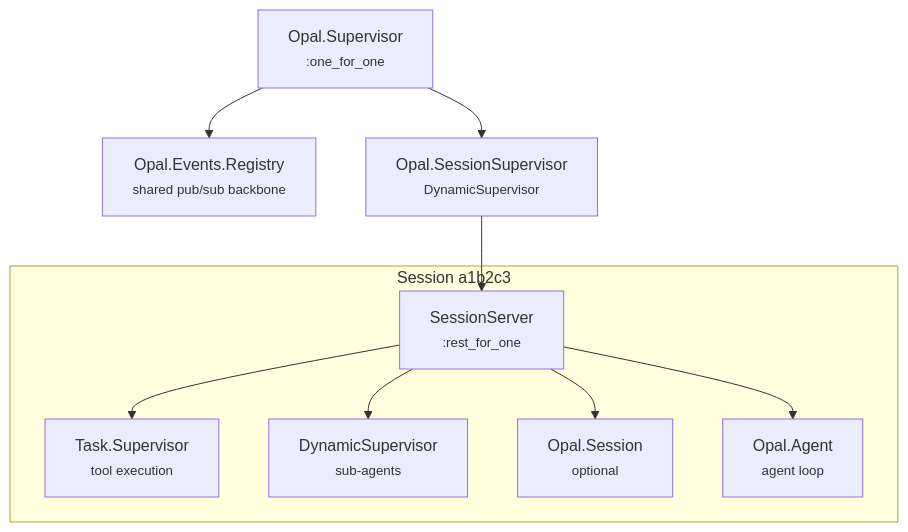
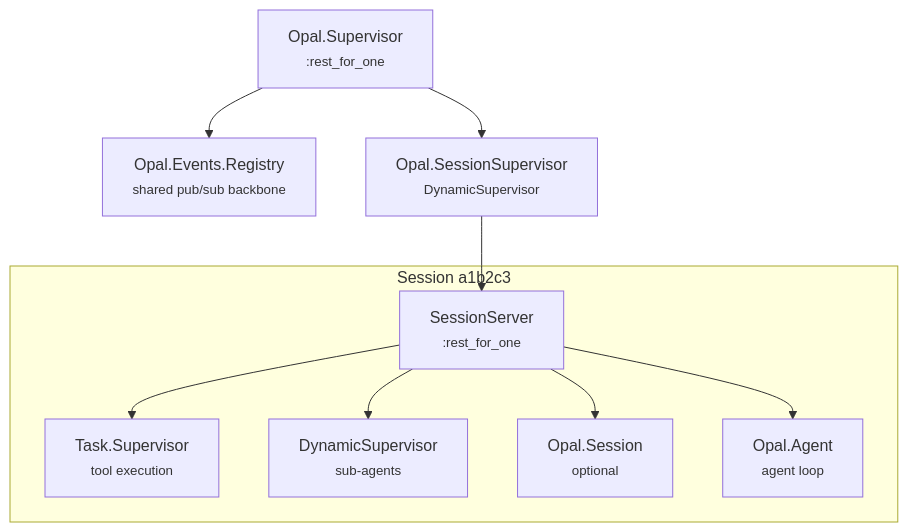
The first of 2 diagrams in docs/index.md (matteing/opal), drawn with Mermaid before and after one commit. The commit also changed other lines of this file and 37 other files, not shown here.

````diff
--- a/docs/index.md
+++ b/docs/index.md
@@ -9,22 +9,22 @@
 ```mermaid
 graph TD
-    Sup["Opal.Supervisor<br/><small>:one_for_one</small>"]
+    Sup["Opal.Supervisor<br/><small>:rest_for_one</small>"]
     Reg["Opal.Events.Registry<br/><small>shared pub/sub backbone</small>"]
     DSup["Opal.SessionSupervisor<br/><small>DynamicSupervisor</small>"]
     Sup --> Reg
     Sup --> DSup
 
     subgraph s1["Session a1b2c3"]
         SS1["SessionServer<br/><small>:rest_for_one</small>"]
         TS1["Task.Supervisor<br/><small>tool execution</small>"]
         DS1["DynamicSupervisor<br/><small>sub-agents</small>"]
         Se1["Opal.Session<br/><small>optional</small>"]
         Ag1["Opal.Agent<br/><small>agent loop</small>"]
         SS1 --> TS1
         SS1 --> DS1
         SS1 --> Se1
         SS1 --> Ag1
     end
 
     DSup --> SS1
 ```
````
